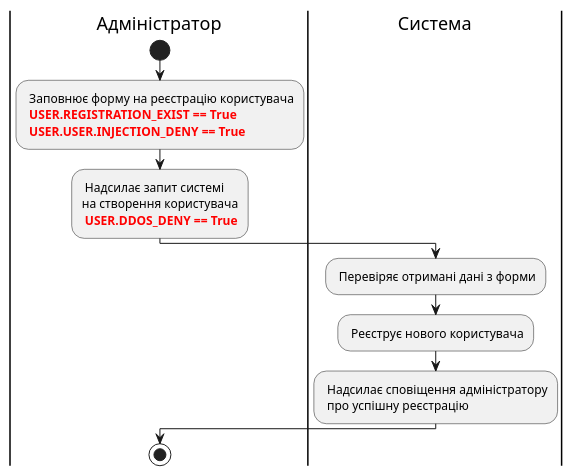
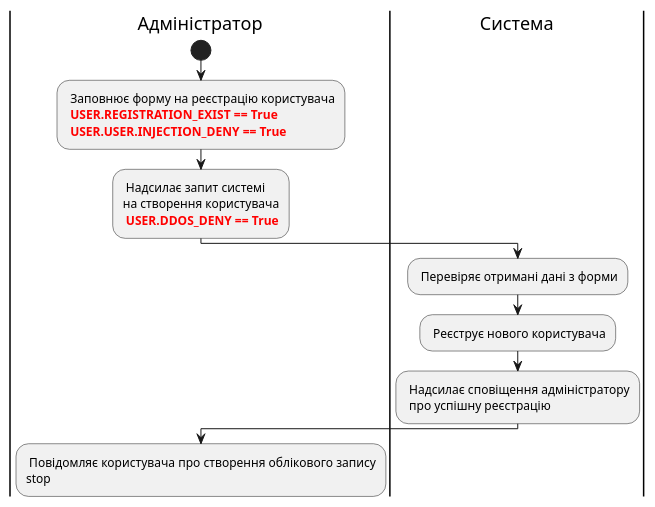
Before and after one commit to anastasiadyvnich/edu_db_labs: the tenth of 14 diagrams in docs/use cases/README.md, drawn with PlantUML. The commit also changed other lines of this file, not shown here.

```diff
--- a/docs/use cases/README.md
+++ b/docs/use cases/README.md
@@ -345,26 +354,27 @@
 @startuml
 
     |Адміністратор|
     start;
     : Заповнює форму на реєстрацію користувача
     <font color="red"><b> USER.REGISTRATION_EXIST == True
     <font color="red"><b> USER.USER.INJECTION_DENY == True;
 
     |Адміністратор|
     : Надсилає запит системі
     на створення користувача
     <font color="red"><b> USER.DDOS_DENY == True;
 
     |Система|
     : Перевіряє отримані дані з форми;
 
     |Система|
     : Реєструє нового користувача;
 
     |Система|
     : Надсилає сповіщення адміністратору\n про успішну реєстрацію;
 
     |Адміністратор|
+    : Повідомляє користувача про створення облікового запису
     stop;
 
 @enduml
```
